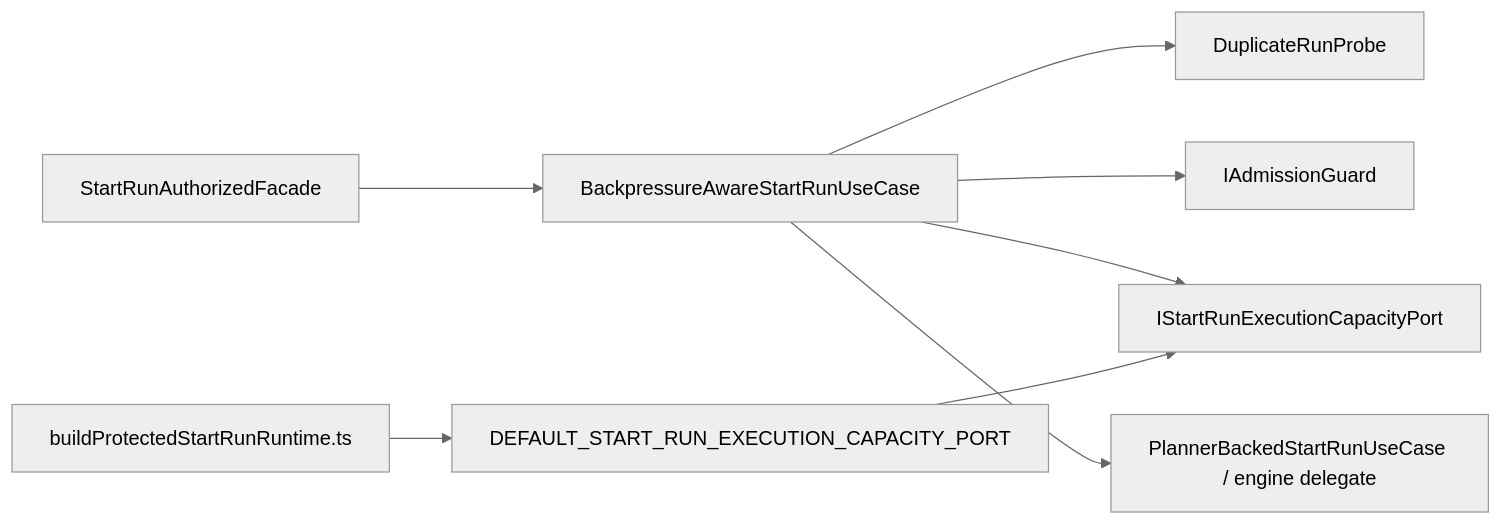
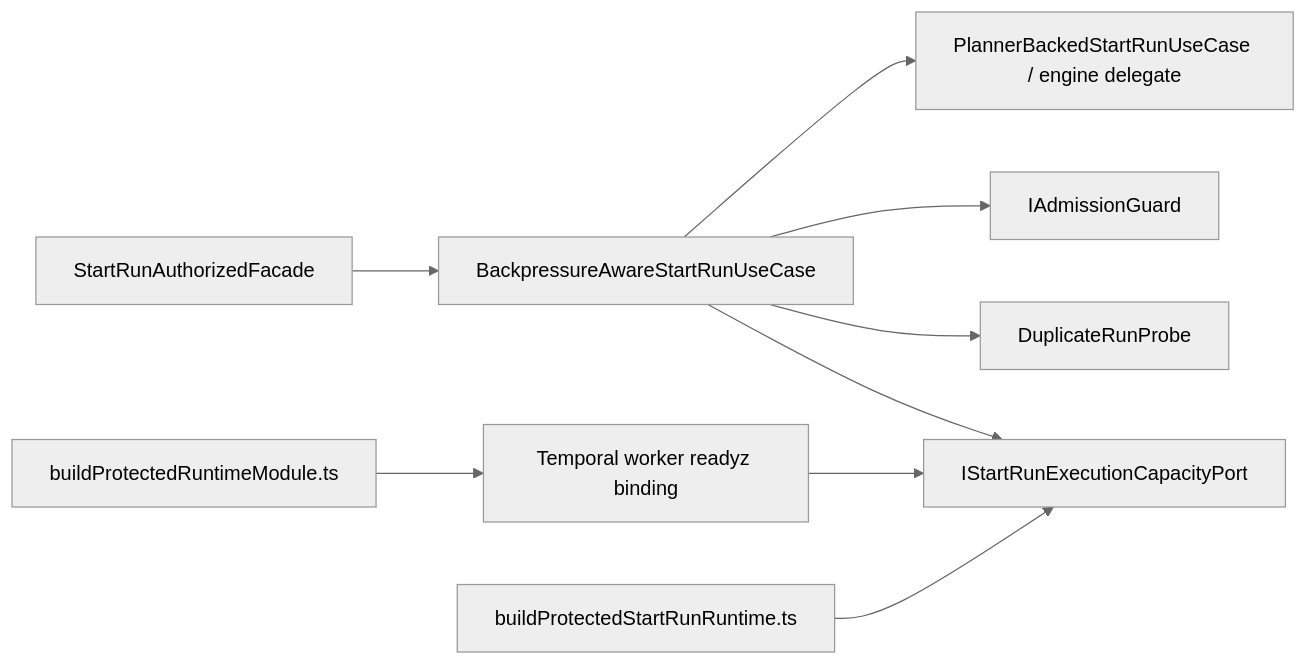
Before and after one commit to dunay2/dvt: the third of 7 diagrams in docs/architecture/components/api/api-current-to-target-architecture.md, drawn with Mermaid (neutral theme). The commit also changed other lines of this file and 17 other files, not shown here.

Commit message:
feat(api): Bind execution capacity through protected runtime root

````diff
--- a/docs/architecture/components/api/api-current-to-target-architecture.md
+++ b/docs/architecture/components/api/api-current-to-target-architecture.md
@@ -232,10 +232,11 @@
 ```mermaid
 flowchart LR
   Facade["StartRunAuthorizedFacade"] --> UseCase["BackpressureAwareStartRunUseCase"]
   UseCase --> Duplicate["DuplicateRunProbe"]
   UseCase --> Guard["IAdmissionGuard"]
   UseCase --> Capacity["IStartRunExecutionCapacityPort"]
   UseCase --> Delegate["PlannerBackedStartRunUseCase / engine delegate"]
-  Runtime["buildProtectedStartRunRuntime.ts"] --> Default["DEFAULT_START_RUN_EXECUTION_CAPACITY_PORT"]
-  Default --> Capacity
+  Root["buildProtectedRuntimeModule.ts"] --> Binding["Temporal worker readyz binding"]
+  Binding --> Capacity
+  Runtime["buildProtectedStartRunRuntime.ts"] --> Capacity
 ```
````
